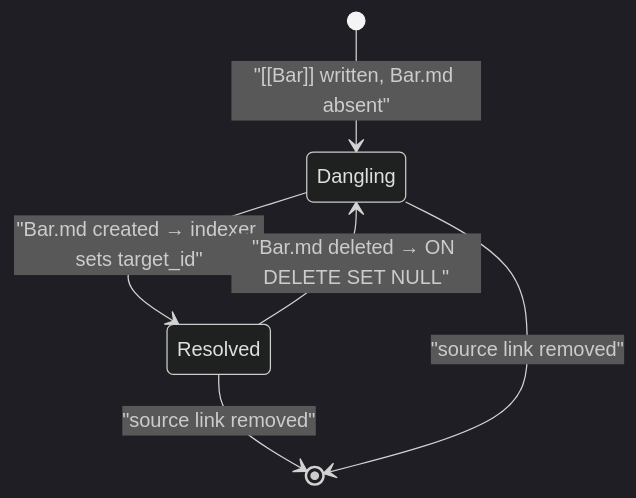
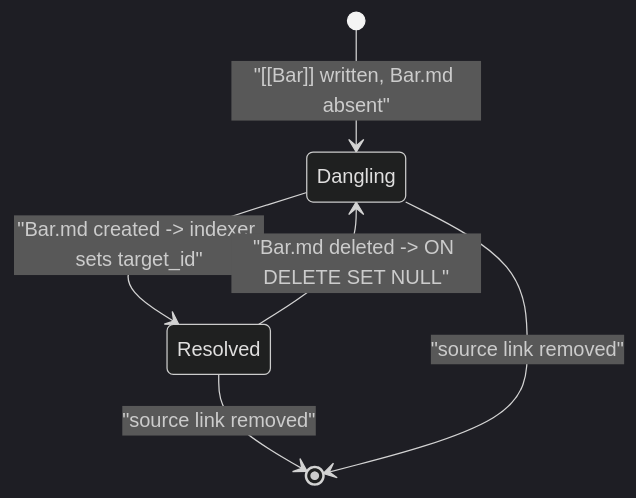
The sixth of 7 diagrams in docs/dataflow.md (azusachino/sedum), drawn with Mermaid (dark theme) before and after one commit. The commit also changed other lines of this file and 2 other files, not shown here.

Commit message:
docs: fix mermaid sequence diagram parse errors and unicode arrows

````diff
--- a/docs/dataflow.md
+++ b/docs/dataflow.md
@@ -118,8 +118,8 @@
 ```mermaid
 stateDiagram-v2
   [*] --> Dangling: "[[Bar]] written, Bar.md absent"
-  Dangling --> Resolved: "Bar.md created → indexer sets target_id"
-  Resolved --> Dangling: "Bar.md deleted → ON DELETE SET NULL"
+  Dangling --> Resolved: "Bar.md created -> indexer sets target_id"
+  Resolved --> Dangling: "Bar.md deleted -> ON DELETE SET NULL"
   Resolved --> [*]: "source link removed"
   Dangling --> [*]: "source link removed"
 ```
````
